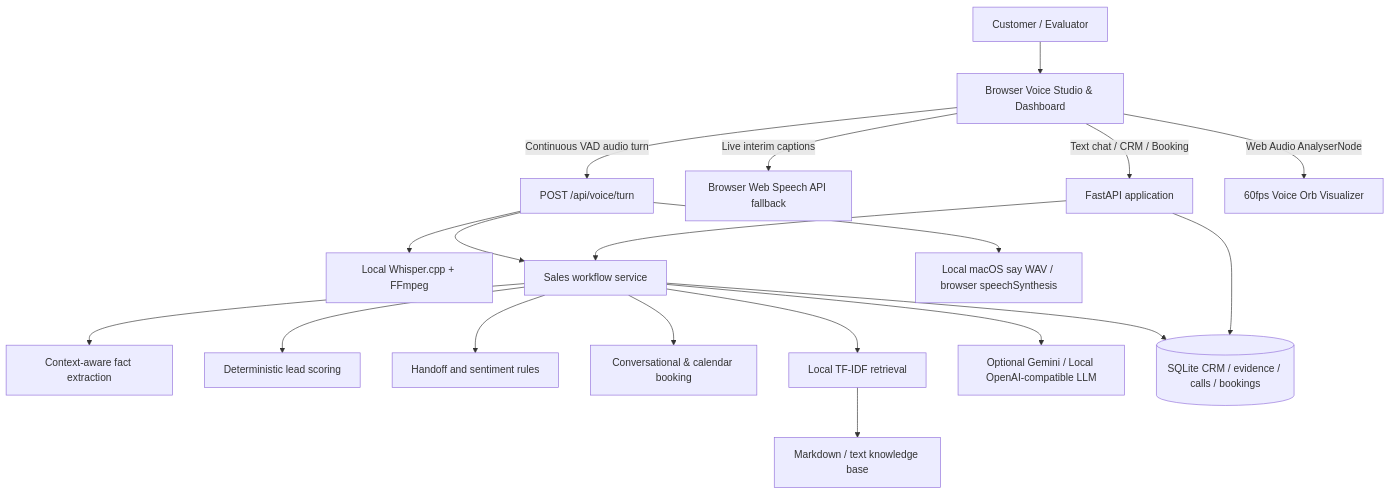
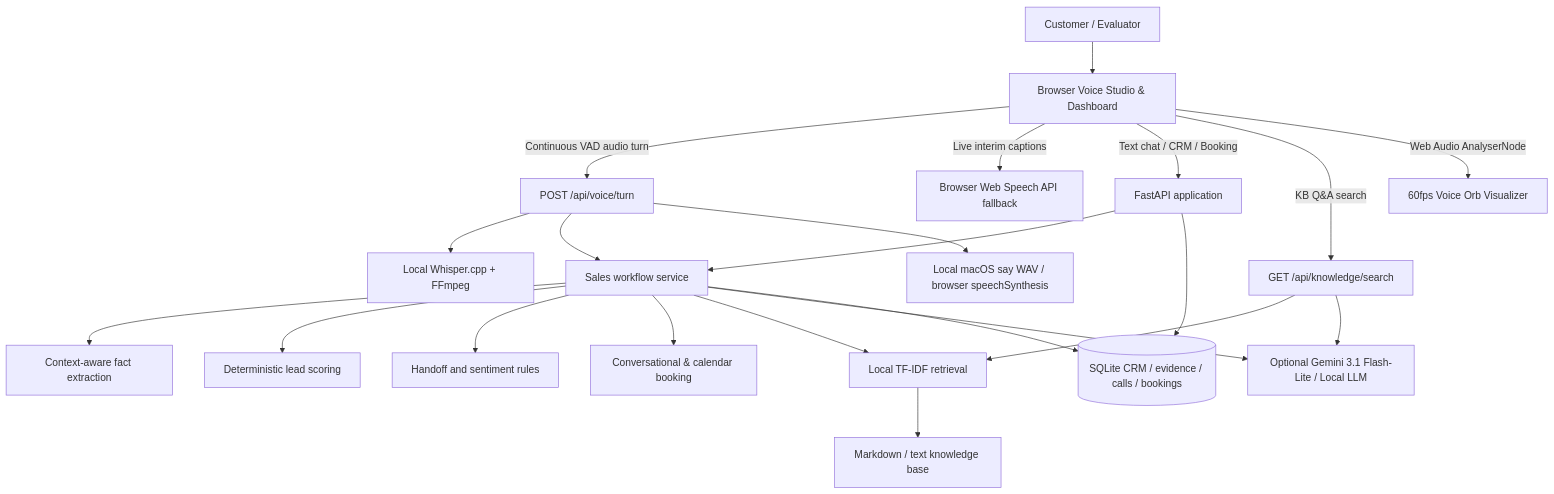
The diagram in docs/architecture.md (aadity-dev/Sales-pilot---AI), drawn with Mermaid before and after one commit. The commit also changed other lines of this file and 4 other files, not shown here.

Commit message:
Sync README and docs with Gemini KB search, voice flow, and latest tests

````diff
--- a/docs/architecture.md
+++ b/docs/architecture.md
@@ -5,21 +5,24 @@
 ```mermaid
 flowchart TD
     C[Customer / Evaluator] --> UI[Browser Voice Studio & Dashboard]
     UI -->|Continuous VAD audio turn| TURN[POST /api/voice/turn]
     UI -->|Live interim captions| BSTT[Browser Web Speech API fallback]
     UI -->|Text chat / CRM / Booking| API[FastAPI application]
+    UI -->|KB Q&A search| KBAPI[GET /api/knowledge/search]
     TURN --> STT[Local Whisper.cpp + FFmpeg]
     TURN --> AG[Sales workflow service]
     API --> AG
     AG --> EX[Context-aware fact extraction]
     AG --> SCORE[Deterministic lead scoring]
     AG --> HANDOFF[Handoff and sentiment rules]
     AG --> BOOK[Conversational & calendar booking]
     AG --> RAG[Local TF-IDF retrieval]
+    KBAPI --> RAG
+    KBAPI --> LLM[Optional Gemini 3.1 Flash-Lite / Local LLM]
     RAG --> KB[Markdown / text knowledge base]
-    AG --> LLM[Optional Gemini / Local OpenAI-compatible LLM]
+    AG --> LLM
     TURN --> TTS[Local macOS say WAV / browser speechSynthesis]
     UI -->|Web Audio AnalyserNode| ORB[60fps Voice Orb Visualizer]
     AG --> DB[(SQLite CRM / evidence / calls / bookings)]
     API --> DB
 ```
````
